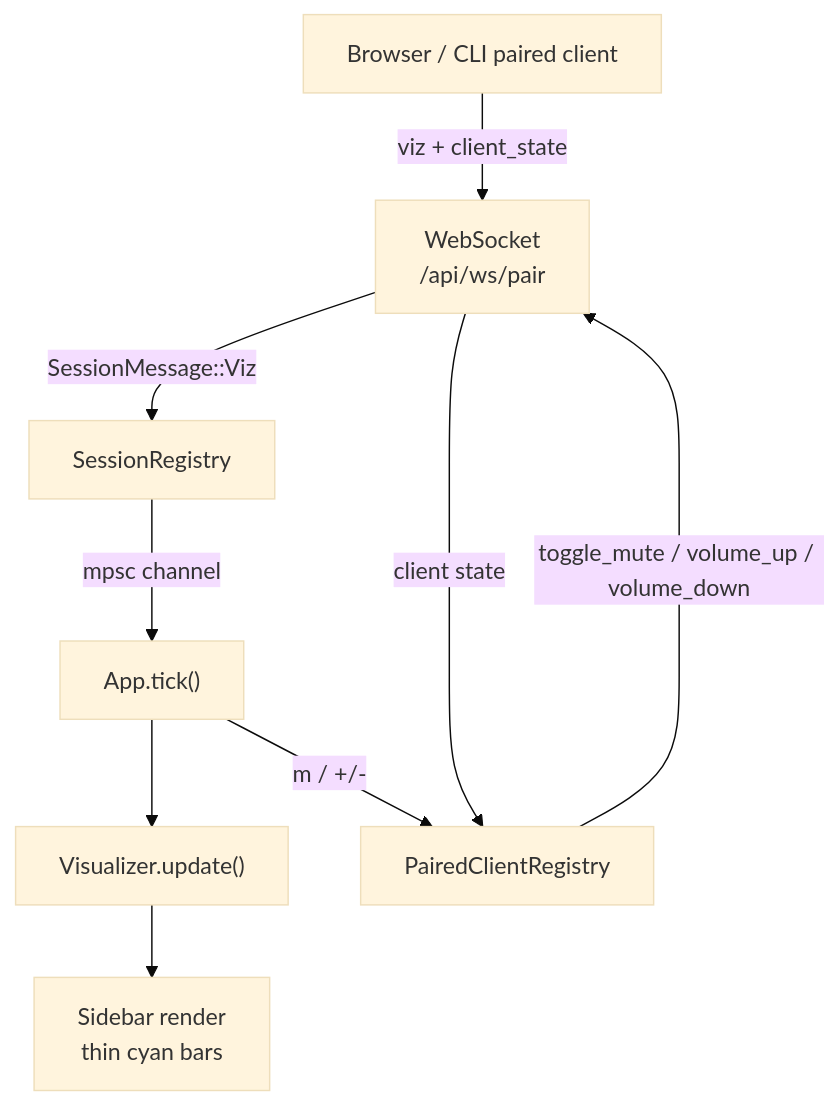
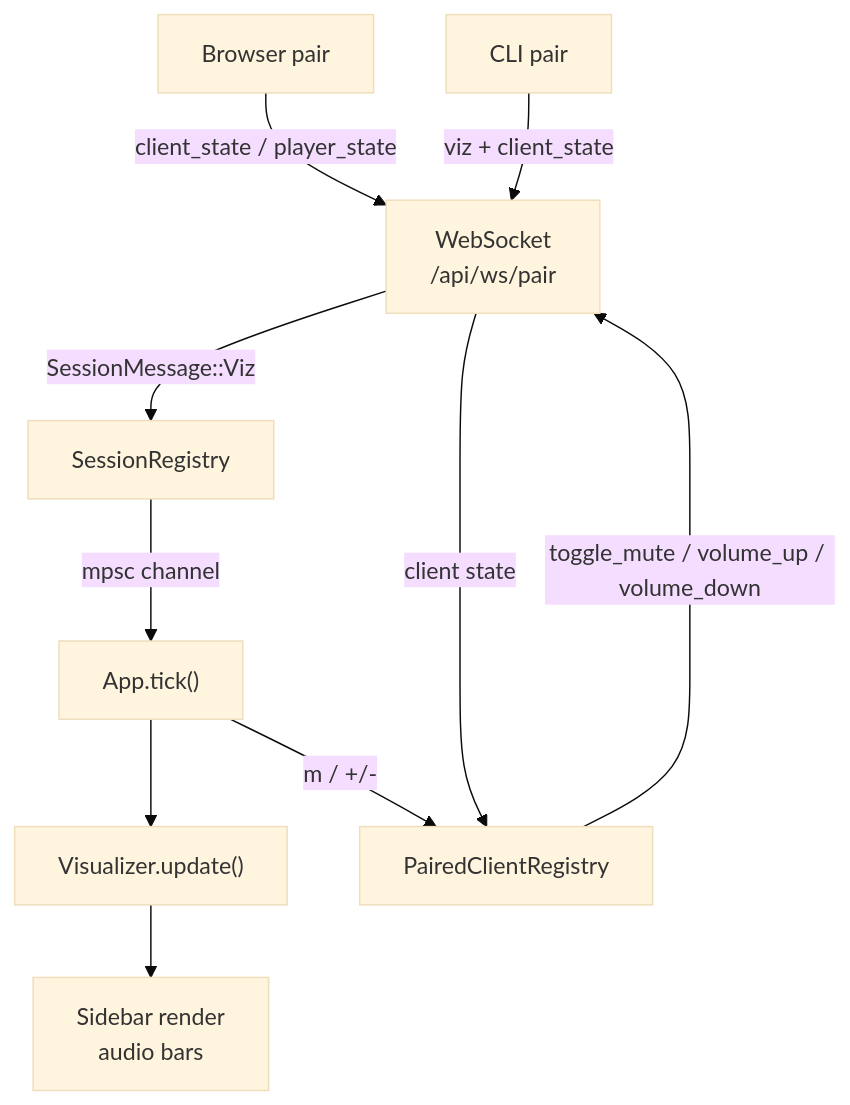
Before and after one commit to mpiorowski/late-sh: the third of 6 diagrams in CONTEXT.md, drawn with Mermaid (base theme). The commit also changed other lines of this file and 13 other files, not shown here.

````diff
--- a/CONTEXT.md
+++ b/CONTEXT.md
@@ -220,11 +220,12 @@
 ```mermaid
 flowchart TD
-    B["Browser / CLI paired client"] -->|"viz + client_state"| WS["WebSocket<br/>/api/ws/pair"]
+    B["Browser pair"] -->|"client_state / player_state"| WS["WebSocket<br/>/api/ws/pair"]
+    C["CLI pair"] -->|"viz + client_state"| WS
     WS -->|"SessionMessage::Viz"| SR["SessionRegistry"]
     WS -->|"client state"| PCR["PairedClientRegistry"]
     SR -->|"mpsc channel"| APP["App.tick()"]
     APP --> VIZ["Visualizer.update()"]
     APP -->|"m / +/-"| PCR
     PCR -->|"toggle_mute / volume_up / volume_down"| WS
-    VIZ --> RENDER["Sidebar render<br/>thin cyan bars"]
+    VIZ --> RENDER["Sidebar render<br/>audio bars"]
 ```
````
